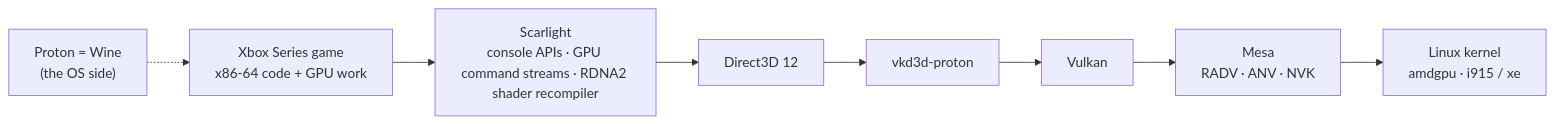
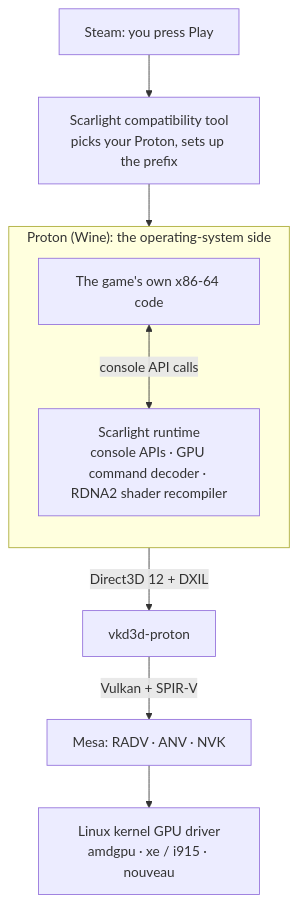
One commit to pablogonz12/Scarlight changed the diagram in README.md. Above: the diagram before and after it, drawn with Mermaid. The commit also changed other lines of this file, not shown here.

First line of the commit message:
README: how it works with Steam in the picture, NVK badge, roadmap as it stands today

````diff
--- a/README.md
+++ b/README.md
@@ -124,6 +124,12 @@
 ```mermaid
-flowchart LR
-    A["Xbox Series game<br/>x86-64 code + GPU work"] --> B["Scarlight<br/>console APIs · GPU command streams · RDNA2 shader recompiler"]
-    B --> C["Direct3D 12"] --> D["vkd3d-proton"] --> E["Vulkan"] --> F["Mesa<br/>RADV · ANV · NVK"] --> G["Linux kernel<br/>amdgpu · i915 / xe"]
-    W["Proton = Wine<br/>(the OS side)"] -.-> A
+flowchart TB
+    S["Steam: you press Play"] --> T["Scarlight compatibility tool<br/>picks your Proton, sets up the prefix"]
+    T --> P
+    subgraph P["Proton (Wine): the operating-system side"]
+        direction TB
+        G["The game's own x86-64 code"] <-->|"console API calls"| R["Scarlight runtime<br/>console APIs · GPU command decoder · RDNA2 shader recompiler"]
+    end
+    R -->|"Direct3D 12 + DXIL"| V["vkd3d-proton"]
+    V -->|"Vulkan + SPIR-V"| M["Mesa: RADV · ANV · NVK"]
+    M --> K["Linux kernel GPU driver<br/>amdgpu · xe / i915 · nouveau"]
 ```
````
